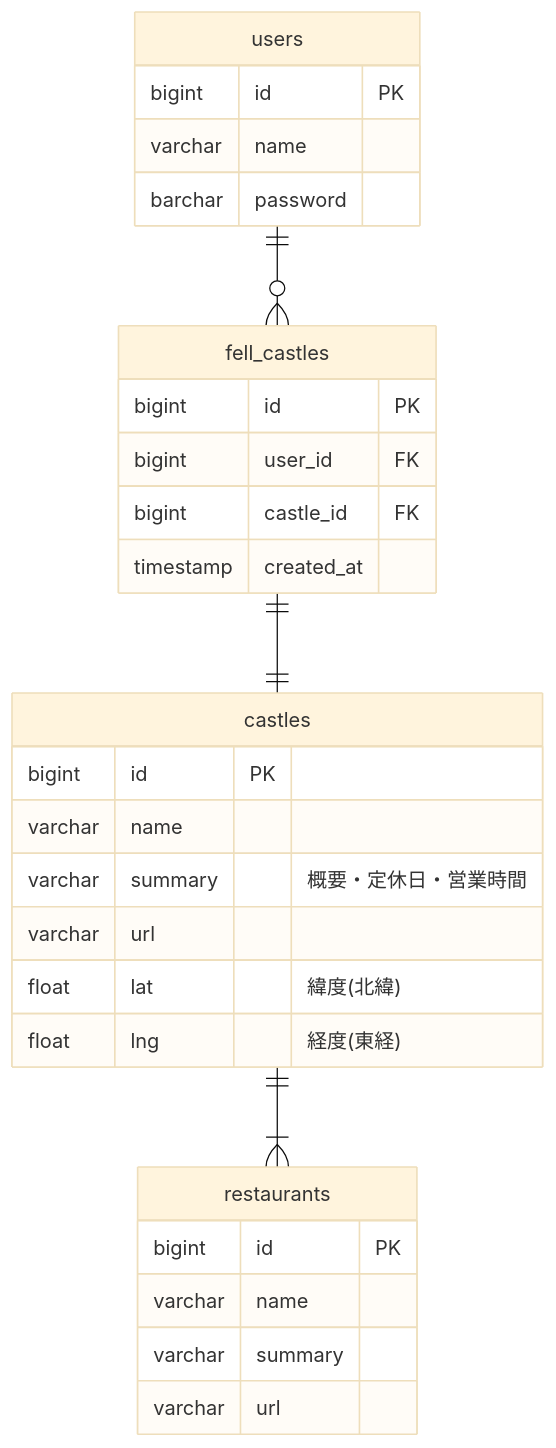
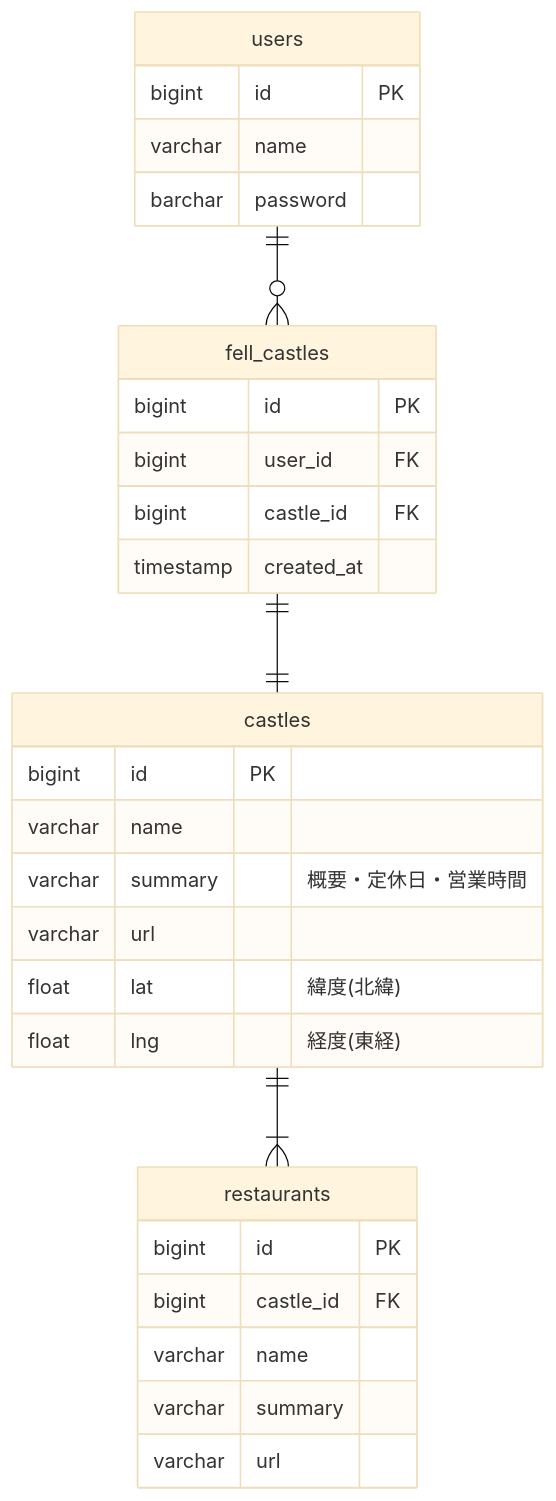
One commit to ynori123/al_castle changed the diagram in backend/README.md. Above: the diagram before and after it, drawn with Mermaid (base theme).

````diff
--- a/backend/README.md
+++ b/backend/README.md
@@ -3,32 +3,33 @@
 ```mermaid
 erDiagram
 castles ||--|{ restaurants : ""
 users ||--o{ fell_castles : ""
 fell_castles ||--|| castles : ""
 
 users{
     bigint id PK
     varchar name 
     barchar password 
 }
 fell_castles{
     bigint id PK
     bigint user_id FK
     bigint castle_id FK
     timestamp created_at
 }
 castles {
     bigint id PK
     varchar name
     varchar summary "概要・定休日・営業時間"
     varchar url 
     float lat "緯度(北緯)"
     float lng "経度(東経)"
 }
 restaurants { 
     bigint id PK
+    bigint castle_id FK 
     varchar name
     varchar summary
     varchar url 
 }
 ```
````
